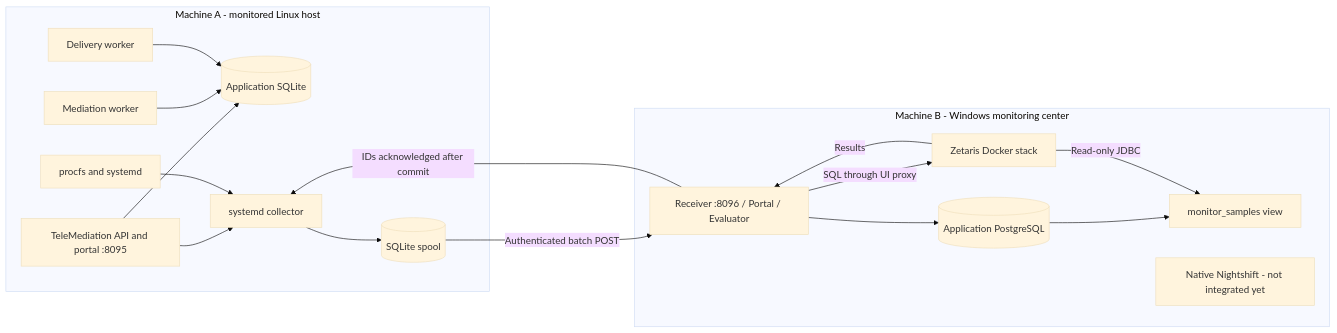
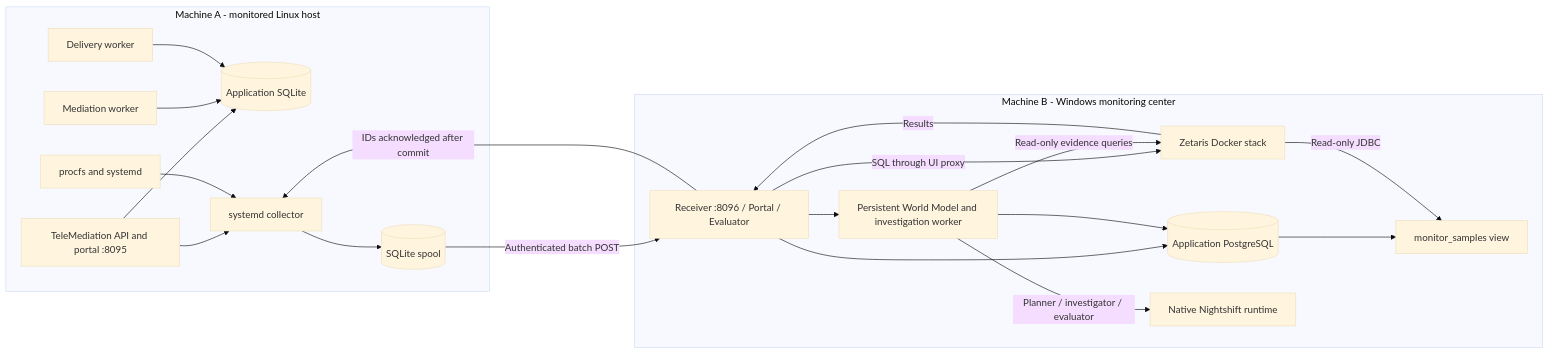
The diagram in docs/01-architecture.md (moriva01/openops_repo), drawn with Mermaid (base theme) before and after one commit. The commit also changed other lines of this file and 28 other files, not shown here.

````diff
--- a/docs/01-architecture.md
+++ b/docs/01-architecture.md
@@ -7,31 +7,36 @@
 ```mermaid
 flowchart LR
   subgraph A[Machine A - monitored Linux host]
     API[TeleMediation API and portal :8095]
     M[Mediation worker]
     D[Delivery worker]
     S[(Application SQLite)]
     C[systemd collector]
     Q[(SQLite spool)]
     API --> S
     M --> S
     D --> S
     API --> C
     H[procfs and systemd] --> C
     C --> Q
   end
   subgraph B[Machine B - Windows monitoring center]
     R[Receiver :8096 / Portal / Evaluator]
     P[(Application PostgreSQL)]
     V[monitor_samples view]
     Z[Zetaris Docker stack]
-    N[Native Nightshift - not integrated yet]
+    N[Native Nightshift runtime]
+    W[Persistent World Model and investigation worker]
     R --> P
     P --> V
     Z -->|Read-only JDBC| V
     R -->|SQL through UI proxy| Z
     Z -->|Results| R
+    R --> W
+    W -->|Read-only evidence queries| Z
+    W -->|Planner / investigator / evaluator| N
+    W --> P
   end
   Q -->|Authenticated batch POST| R
   R -->|IDs acknowledged after commit| C
 ```
````
